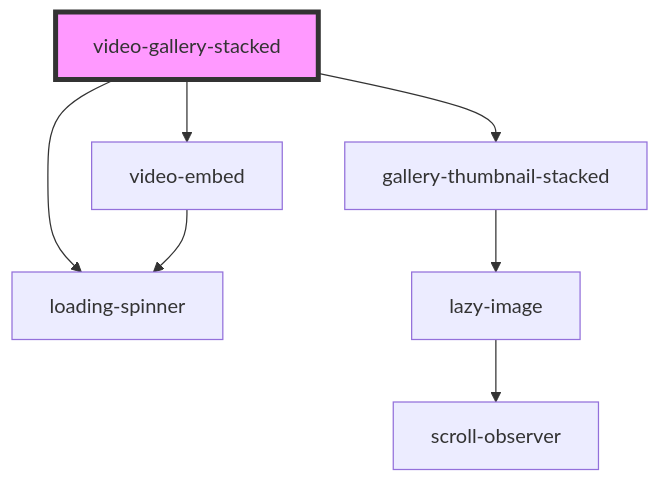
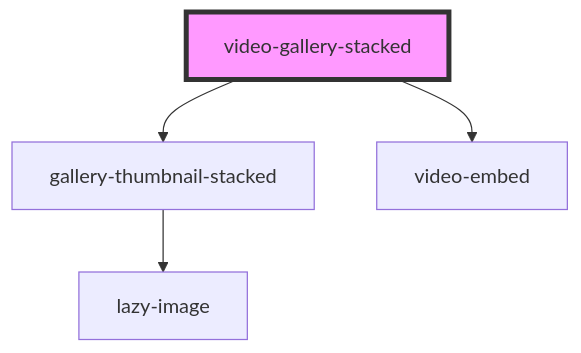
The diagram in src/components/videos/video-gallery-stacked/readme.md (dev-kylo/component_library), drawn with Mermaid before and after one commit. The commit also changed other lines of this file and 30 other files, not shown here.

````diff
--- a/src/components/videos/video-gallery-stacked/readme.md
+++ b/src/components/videos/video-gallery-stacked/readme.md
@@ -24,10 +24,7 @@
 ```mermaid
 graph TD;
   video-gallery-stacked --> gallery-thumbnail-stacked
   video-gallery-stacked --> video-embed
-  video-gallery-stacked --> loading-spinner
   gallery-thumbnail-stacked --> lazy-image
-  lazy-image --> scroll-observer
-  video-embed --> loading-spinner
   style video-gallery-stacked fill:#f9f,stroke:#333,stroke-width:4px
 ```
````
